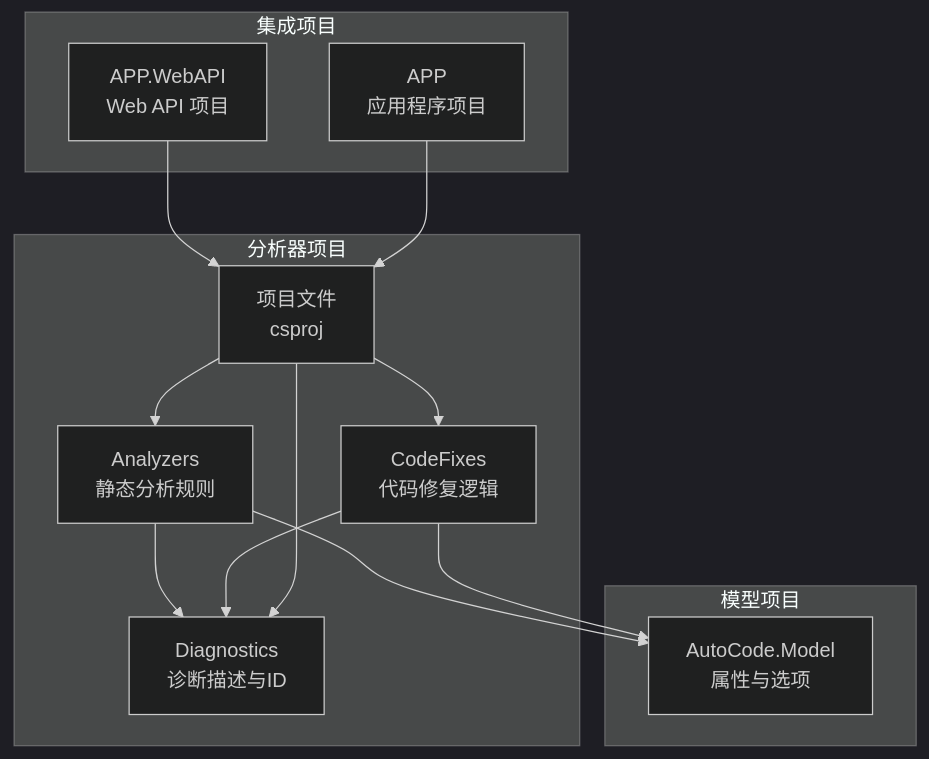
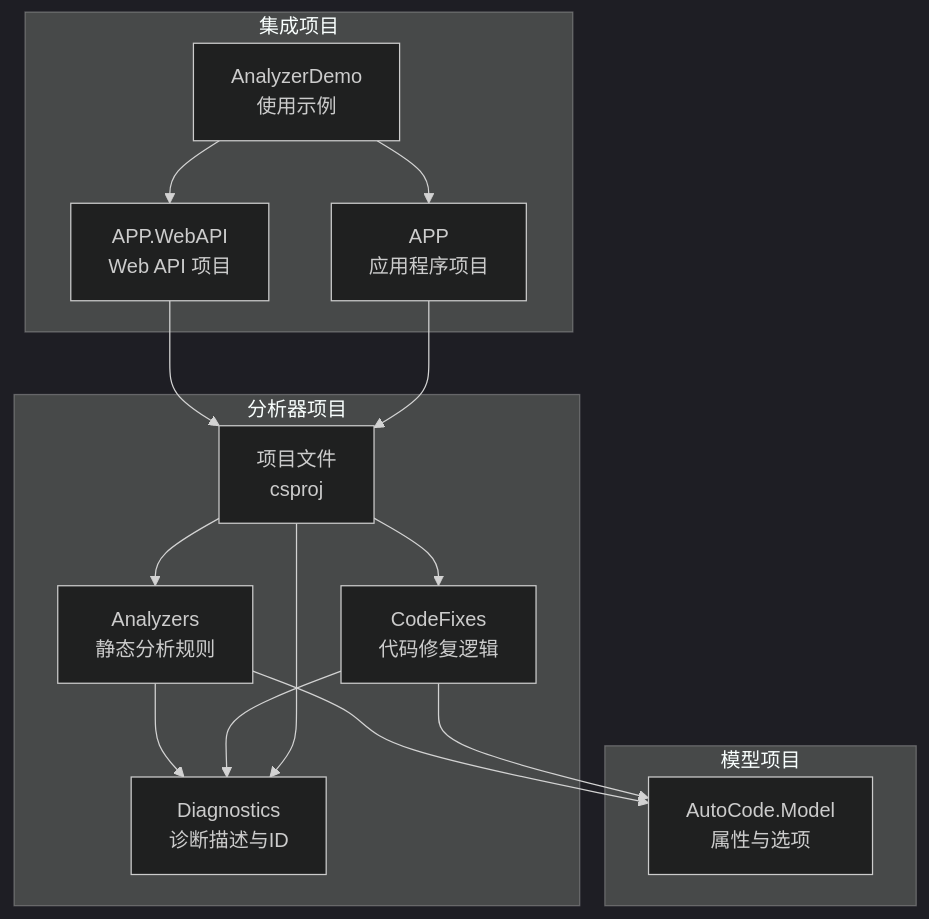
One commit to alivy/AutoCode changed the first of 5 diagrams in .qoder/repowiki/zh/content/调试与诊断/分析器系统.md. Above: the diagram before and after it, drawn with Mermaid (dark theme). The commit also changed other lines of this file and 4 other files, not shown here.

First line of the commit message:
fix: 修复 CodeFix 特性名匹配 + 完善 AnalyzerDemo

````diff
--- a/.qoder/repowiki/zh/content/调试与诊断/分析器系统.md
+++ b/.qoder/repowiki/zh/content/调试与诊断/分析器系统.md
@@ -54,25 +56,28 @@
 ```mermaid
 graph TB
 subgraph "分析器项目"
 A["Analyzers<br/>静态分析规则"]
 B["CodeFixes<br/>代码修复逻辑"]
 C["Diagnostics<br/>诊断描述与ID"]
 P["项目文件<br/>csproj"]
 end
 subgraph "模型项目"
 M["AutoCode.Model<br/>属性与选项"]
 end
 subgraph "集成项目"
 W["APP.WebAPI<br/>Web API 项目"]
 A2["APP<br/>应用程序项目"]
+D["AnalyzerDemo<br/>使用示例"]
 end
 A --> C
 B --> C
 A --> M
 B --> M
 P --> A
 P --> B
 P --> C
 W --> P
 A2 --> P
+D --> W
+D --> A2
 ```
````
